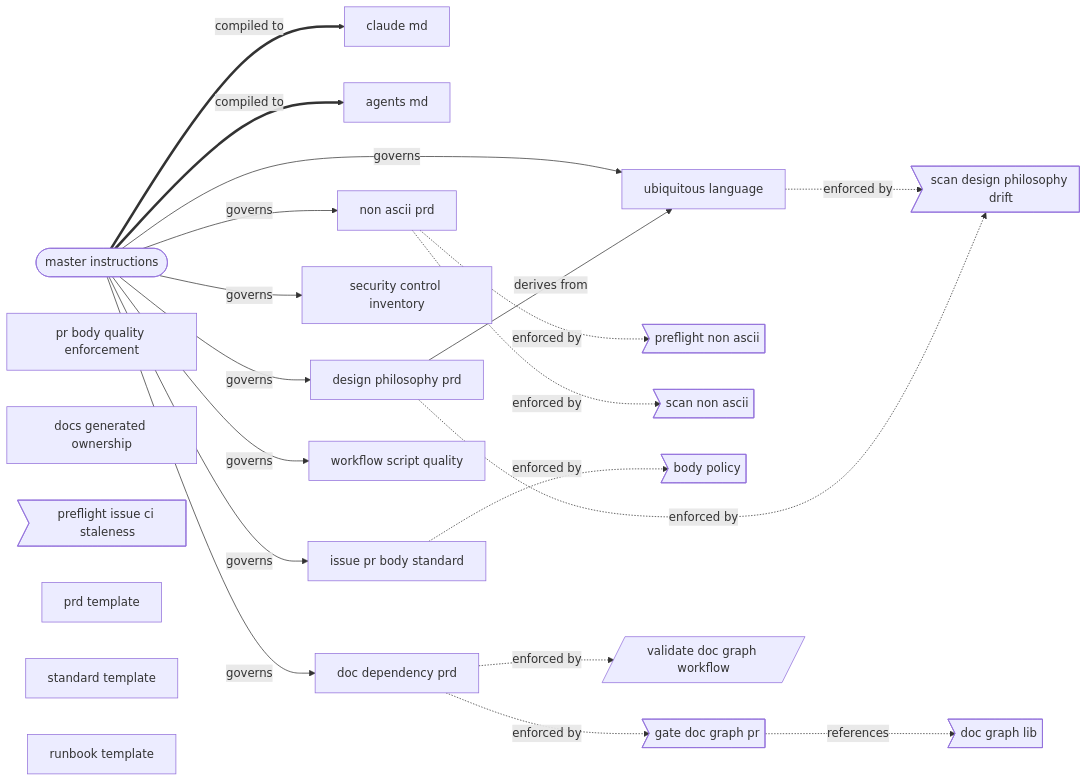
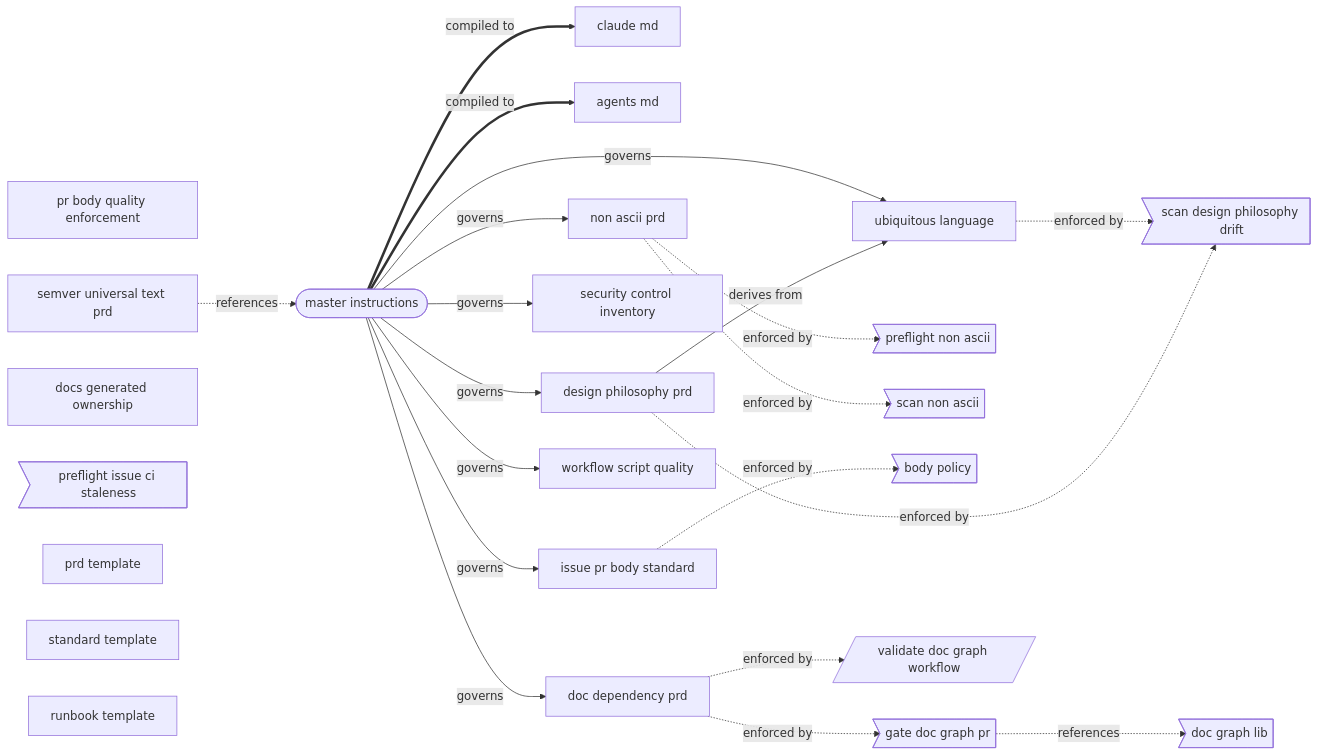
The diagram in docs/generated/graph/doc-dependency-graph.md (tvna/claude-md), drawn with Mermaid before and after one commit. The commit also changed other lines of this file and 7 other files, not shown here.

First line of the commit message:
docs(generated): regenerate decision tree and workflow diagrams

````diff
--- a/docs/generated/graph/doc-dependency-graph.md
+++ b/docs/generated/graph/doc-dependency-graph.md
@@ -8,44 +8,46 @@
 ```mermaid
 flowchart LR
     master_instructions(["master instructions"])
     claude_md["claude md"]
     agents_md["agents md"]
     design_philosophy_prd["design philosophy prd"]
     non_ascii_prd["non ascii prd"]
     security_control_inventory["security control inventory"]
     issue_pr_body_standard["issue pr body standard"]
     workflow_script_quality["workflow script quality"]
     pr_body_quality_enforcement["pr body quality enforcement"]
     doc_dependency_prd["doc dependency prd"]
     ubiquitous_language["ubiquitous language"]
+    semver_universal_text_prd["semver universal text prd"]
     scan_design_philosophy_drift>"scan design philosophy drift"]
     preflight_non_ascii>"preflight non ascii"]
     scan_non_ascii>"scan non ascii"]
     body_policy>"body policy"]
     gate_doc_graph_pr>"gate doc graph pr"]
     doc_graph_lib>"doc graph lib"]
     validate_doc_graph_workflow[/"validate doc graph workflow"/]
     docs_generated_ownership["docs generated ownership"]
     preflight_issue_ci_staleness>"preflight issue ci staleness"]
     prd_template["prd template"]
     standard_template["standard template"]
     runbook_template["runbook template"]
     master_instructions ==>|compiled to| claude_md
     master_instructions ==>|compiled to| agents_md
     master_instructions -->|governs| design_philosophy_prd
     master_instructions -->|governs| non_ascii_prd
     master_instructions -->|governs| security_control_inventory
     master_instructions -->|governs| issue_pr_body_standard
     master_instructions -->|governs| workflow_script_quality
     master_instructions -->|governs| doc_dependency_prd
     master_instructions -->|governs| ubiquitous_language
     design_philosophy_prd -->|derives from| ubiquitous_language
     ubiquitous_language -.->|enforced by| scan_design_philosophy_drift
     design_philosophy_prd -.->|enforced by| scan_design_philosophy_drift
     non_ascii_prd -.->|enforced by| preflight_non_ascii
     non_ascii_prd -.->|enforced by| scan_non_ascii
     issue_pr_body_standard -.->|enforced by| body_policy
     doc_dependency_prd -.->|enforced by| gate_doc_graph_pr
     doc_dependency_prd -.->|enforced by| validate_doc_graph_workflow
     gate_doc_graph_pr -.->|references| doc_graph_lib
+    semver_universal_text_prd -.->|references| master_instructions
 ```
````
